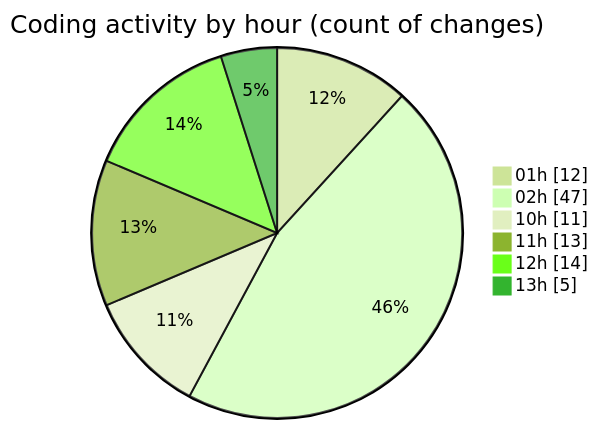
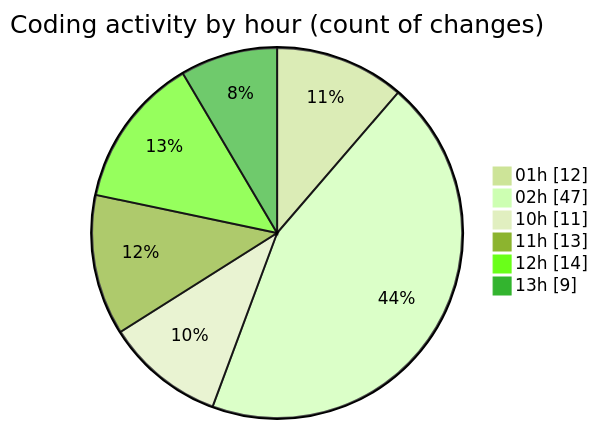
The second of 2 diagrams in 2025-10-24/eventscop-frontend-guide__workspace_/README.md (julien-gomy/code-tracking), drawn with Mermaid (forest theme) before and after one commit. The commit also changed other lines of this file and 1 other file, not shown here.

````diff
--- a/2025-10-24/eventscop-frontend-guide__workspace_/README.md
+++ b/2025-10-24/eventscop-frontend-guide__workspace_/README.md
@@ -60,10 +60,10 @@
 ```mermaid
 pie showData
 title Coding activity by hour (count of changes)
 "01h" : 12
 "02h" : 47
 "10h" : 11
 "11h" : 13
 "12h" : 14
-"13h" : 5
+"13h" : 9
 ```
````
